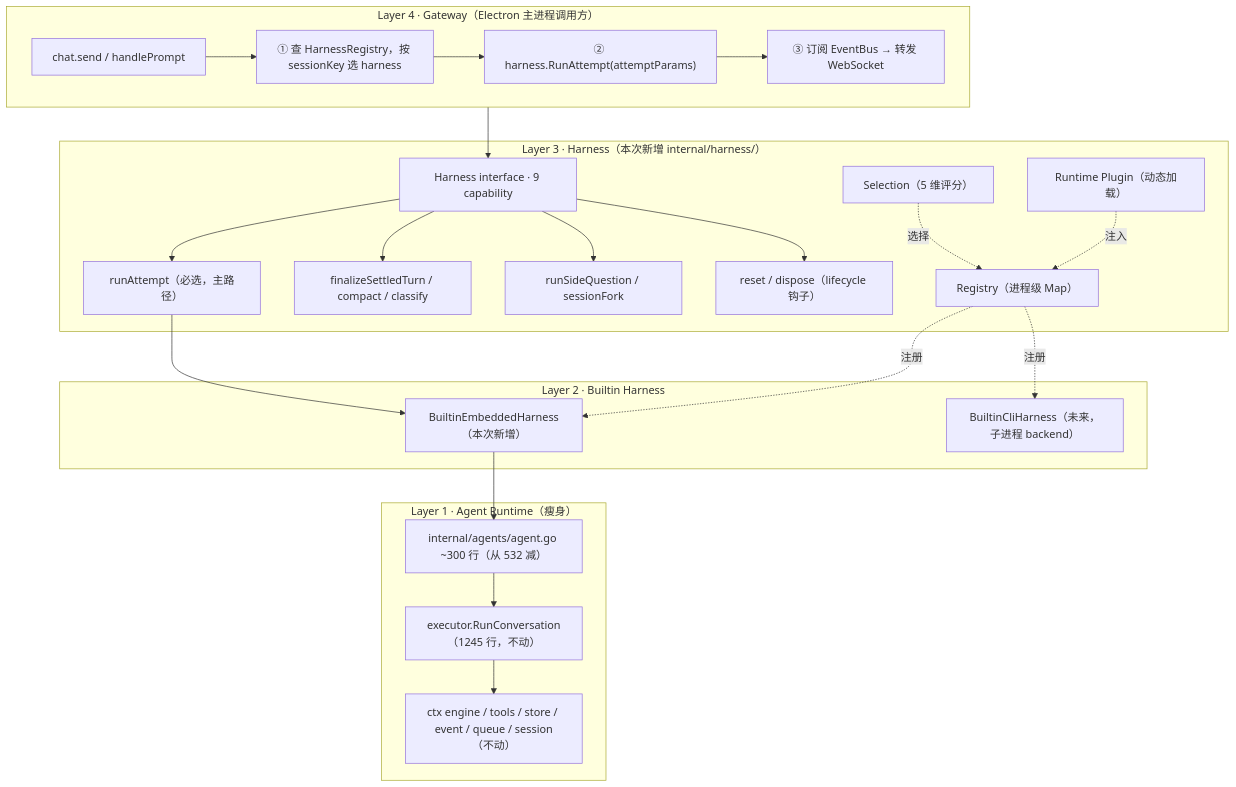
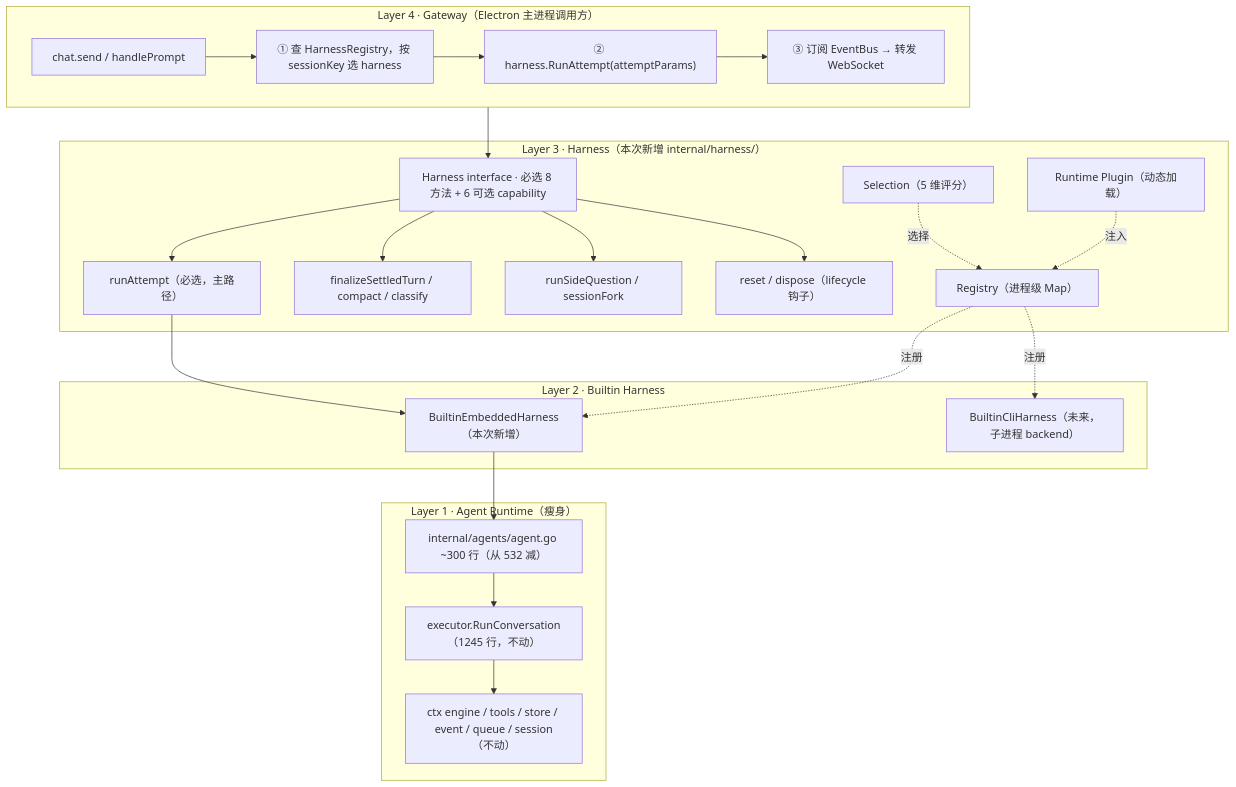
One commit to darven-cs/darvin-cowork changed the first of 2 diagrams in specs/features/agent-harness-architecture/2026-08-04-harness-architecture-design.md. Above: the diagram before and after it, drawn with Mermaid. The commit also changed other lines of this file and 8 other files, not shown here.

````diff
--- a/specs/features/agent-harness-architecture/2026-08-04-harness-architecture-design.md
+++ b/specs/features/agent-harness-architecture/2026-08-04-harness-architecture-design.md
@@ -41,41 +41,41 @@
 ```mermaid
 flowchart TD
     subgraph L4["Layer 4 · Gateway（Electron 主进程调用方）"]
         G1["chat.send / handlePrompt"]
         G2["① 查 HarnessRegistry，按 sessionKey 选 harness"]
         G3["② harness.RunAttempt(attemptParams)"]
         G4["③ 订阅 EventBus → 转发 WebSocket"]
         G1 --> G2 --> G3 --> G4
     end
 
     subgraph L3["Layer 3 · Harness（本次新增 internal/harness/）"]
-        H0["Harness interface · 9 capability"]
+        H0["Harness interface · 必选 8 方法 + 6 可选 capability"]
         H1["runAttempt（必选，主路径）"]
         H2["finalizeSettledTurn / compact / classify"]
         H3["runSideQuestion / sessionFork"]
         H4["reset / dispose（lifecycle 钩子）"]
         HR["Registry（进程级 Map）"]
         HS["Selection（5 维评分）"]
         HP["Runtime Plugin（动态加载）"]
         H0 --> H1 & H2 & H3 & H4
     end
 
     subgraph L2["Layer 2 · Builtin Harness"]
         B1["BuiltinEmbeddedHarness（本次新增）"]
         B2["BuiltinCliHarness（未来，子进程 backend）"]
     end
 
     subgraph L1["Layer 1 · Agent Runtime（瘦身）"]
         A1["internal/agents/agent.go ~300 行（从 532 减）"]
         A2["executor.RunConversation（1245 行，不动）"]
         A3["ctx engine / tools / store / event / queue / session（不动）"]
         A1 --> A2 --> A3
     end
 
     L4 --> H0
     HR -.注册.-> B1 & B2
     HS -.选择.-> HR
     HP -.注入.-> HR
     H1 --> B1
     B1 --> A1
 ```
````
